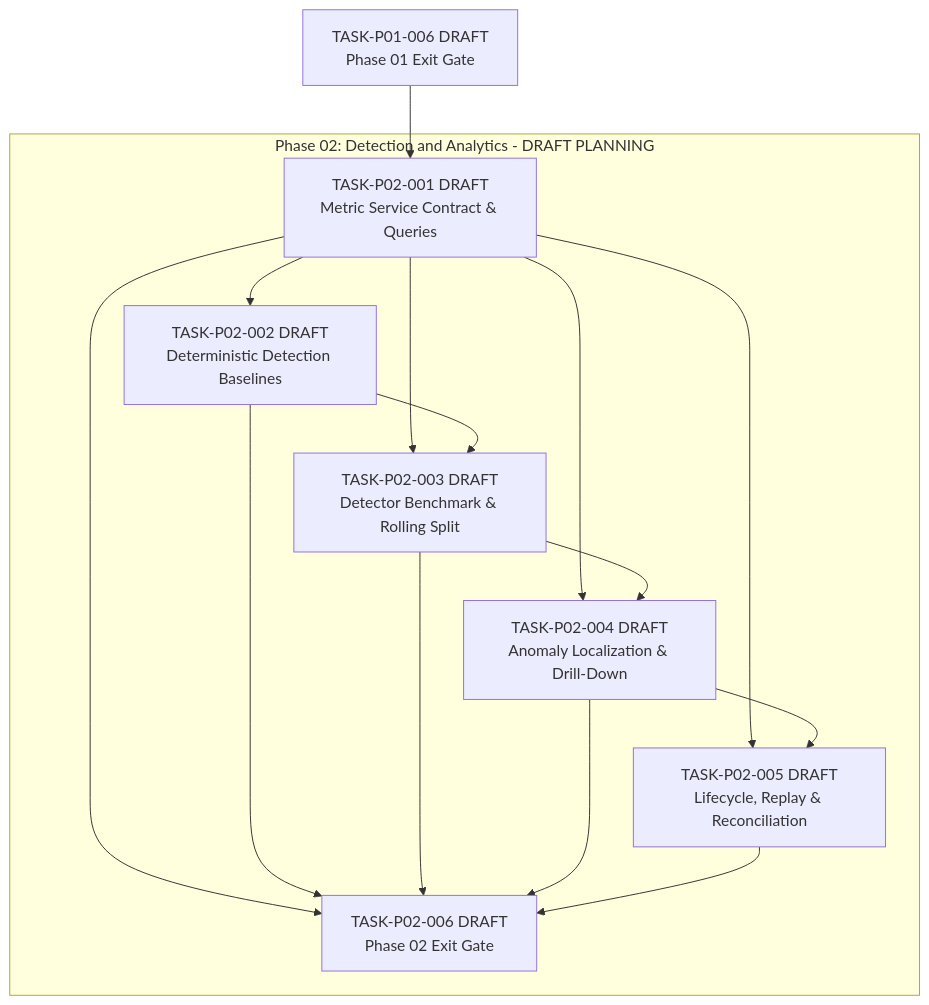
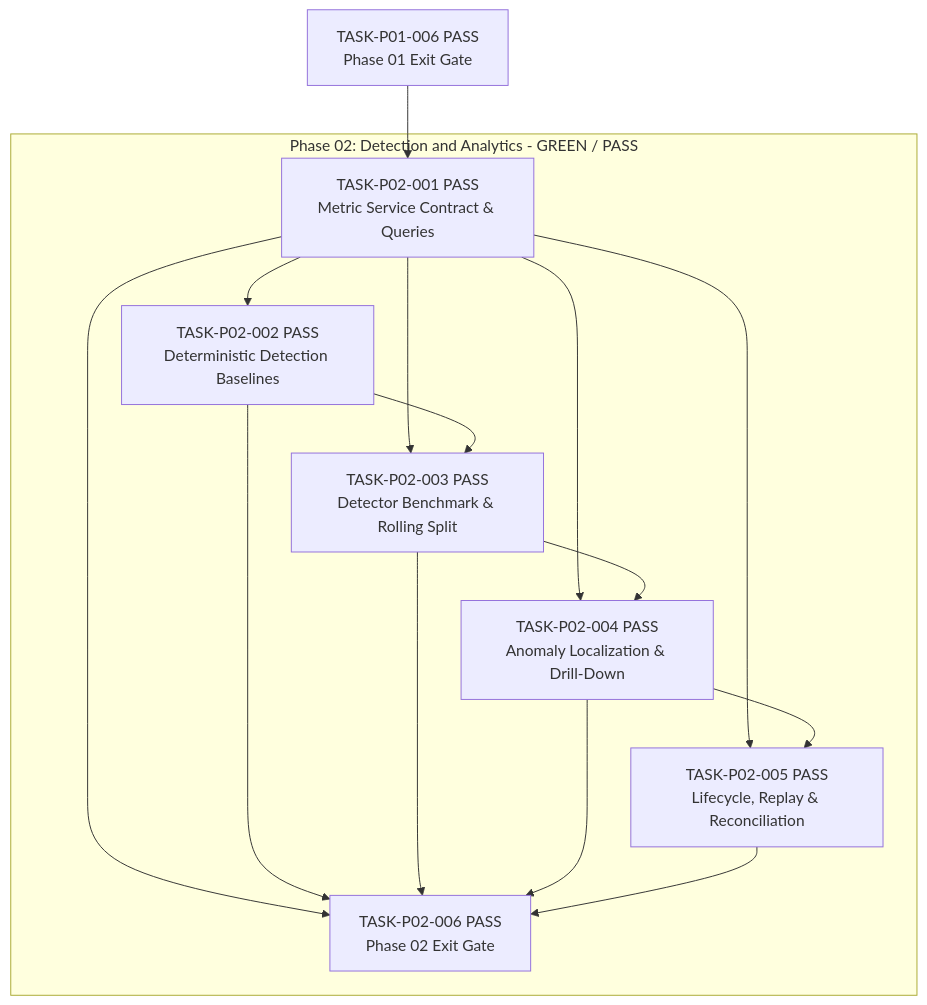
The third of 10 diagrams in execution/DEPENDENCY-GRAPH.md (DuongVinh2004/RevPilot-AI), drawn with Mermaid before and after one commit. The commit also changed other lines of this file and 203 other files, not shown here.

````diff
--- a/execution/DEPENDENCY-GRAPH.md
+++ b/execution/DEPENDENCY-GRAPH.md
@@ -70,26 +70,26 @@
 ```mermaid
 flowchart TD
-  subgraph Phase02 [Phase 02: Detection and Analytics - DRAFT PLANNING]
-    P02_01[TASK-P02-001 DRAFT\nMetric Service Contract & Queries]
-    P02_02[TASK-P02-002 DRAFT\nDeterministic Detection Baselines]
-    P02_03[TASK-P02-003 DRAFT\nDetector Benchmark & Rolling Split]
-    P02_04[TASK-P02-004 DRAFT\nAnomaly Localization & Drill-Down]
-    P02_05[TASK-P02-005 DRAFT\nLifecycle, Replay & Reconciliation]
-    P02_06[TASK-P02-006 DRAFT\nPhase 02 Exit Gate]
+  subgraph Phase02 [Phase 02: Detection and Analytics - GREEN / PASS]
+    P02_01[TASK-P02-001 PASS\nMetric Service Contract & Queries]
+    P02_02[TASK-P02-002 PASS\nDeterministic Detection Baselines]
+    P02_03[TASK-P02-003 PASS\nDetector Benchmark & Rolling Split]
+    P02_04[TASK-P02-004 PASS\nAnomaly Localization & Drill-Down]
+    P02_05[TASK-P02-005 PASS\nLifecycle, Replay & Reconciliation]
+    P02_06[TASK-P02-006 PASS\nPhase 02 Exit Gate]
 
     P02_01 --> P02_02
     P02_01 --> P02_03
     P02_02 --> P02_03
     P02_01 --> P02_04
     P02_03 --> P02_04
     P02_01 --> P02_05
     P02_04 --> P02_05
     P02_01 --> P02_06
     P02_02 --> P02_06
     P02_03 --> P02_06
     P02_04 --> P02_06
     P02_05 --> P02_06
   end
 
-  P01_06[TASK-P01-006 DRAFT\nPhase 01 Exit Gate] --> P02_01
+  P01_06[TASK-P01-006 PASS\nPhase 01 Exit Gate] --> P02_01
 ```
````
